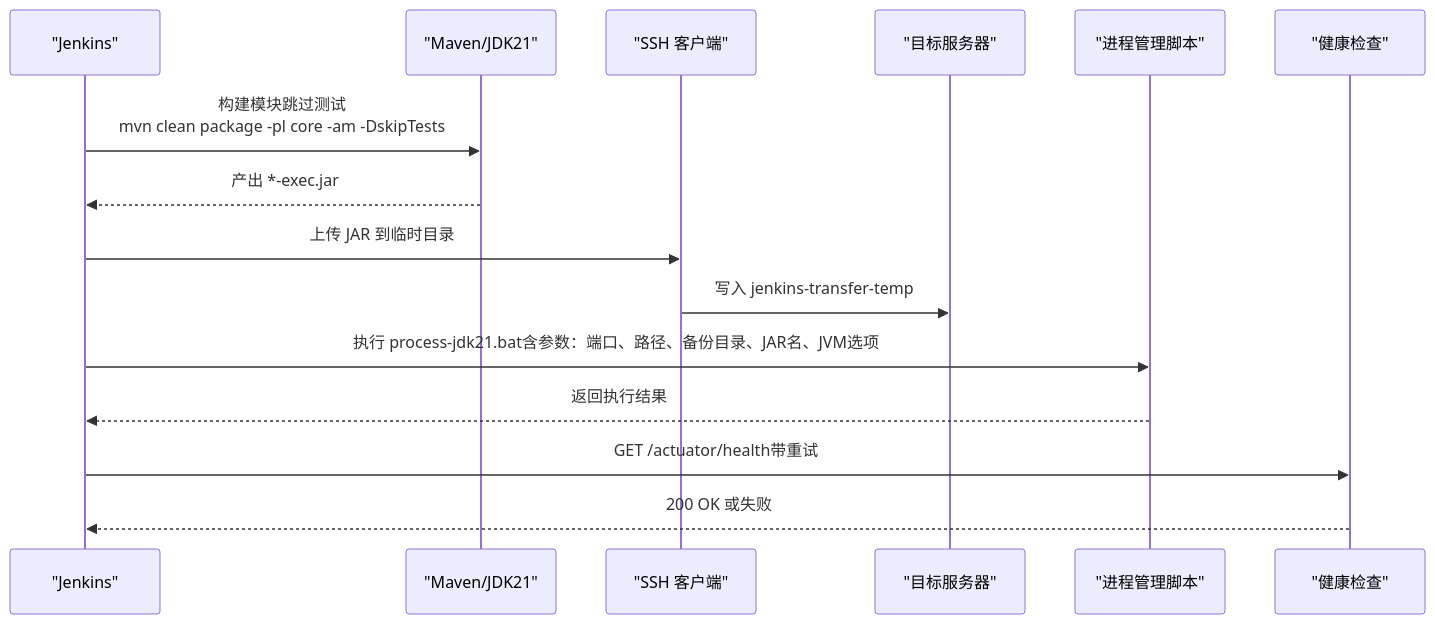
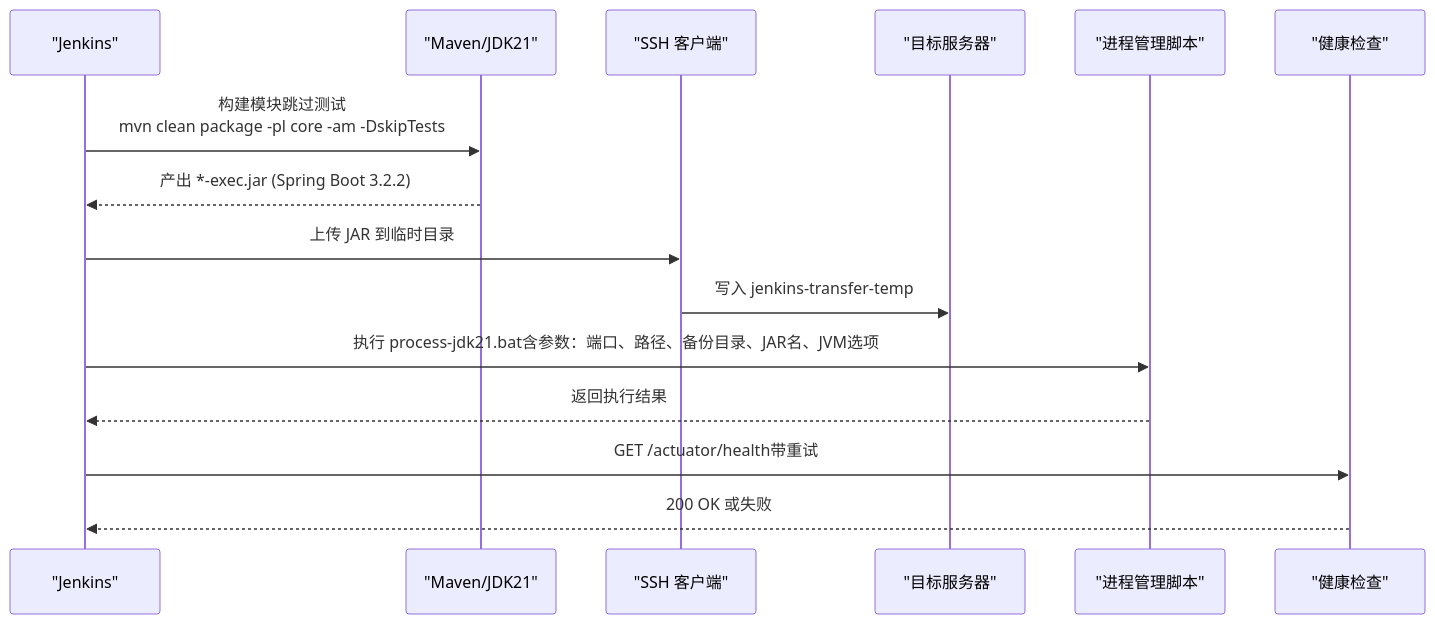
One commit to DrunkFood/First changed the third of 7 diagrams in .qoder/repowiki/zh/content/部署运维/CI_CD流水线.md. Above: the diagram before and after it, drawn with Mermaid. The commit also changed other lines of this file and 77 other files, not shown here.

````diff
--- a/.qoder/repowiki/zh/content/部署运维/CI_CD流水线.md
+++ b/.qoder/repowiki/zh/content/部署运维/CI_CD流水线.md
@@ -168,17 +193,17 @@
 ```mermaid
 sequenceDiagram
 participant J as "Jenkins"
 participant M as "Maven/JDK21"
 participant SSH as "SSH 客户端"
 participant R as "目标服务器"
 participant P as "进程管理脚本"
 participant HC as "健康检查"
 J->>M : 构建模块跳过测试<br/>mvn clean package -pl core -am -DskipTests
-M-->>J : 产出 *-exec.jar
+M-->>J : 产出 *-exec.jar (Spring Boot 3.2.2)
 J->>SSH : 上传 JAR 到临时目录
 SSH->>R : 写入 jenkins-transfer-temp
 J->>P : 执行 process-jdk21.bat含参数：端口、路径、备份目录、JAR名、JVM选项
 P-->>J : 返回执行结果
 J->>HC : GET /actuator/health带重试
 HC-->>J : 200 OK 或失败
 ```
````
